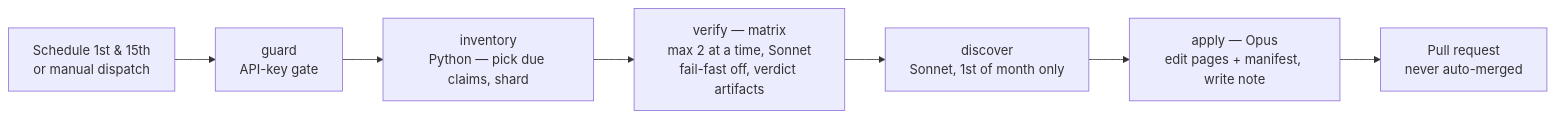
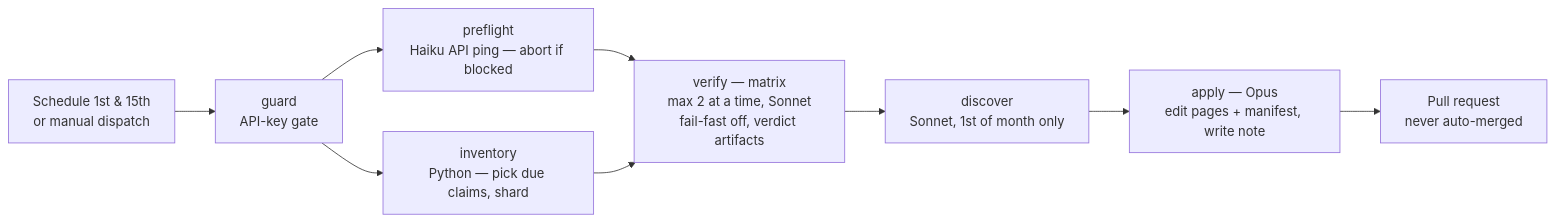
The second of 2 diagrams in docs/WORKFLOW.md (mletznerMUC/AgenticBuying), drawn with Mermaid before and after one commit. The commit also changed other lines of this file and 1 other file, not shown here.

First line of the commit message:
ci: add a deterministic preflight so a blocked API fails legibly

````diff
--- a/docs/WORKFLOW.md
+++ b/docs/WORKFLOW.md
@@ -119,9 +119,11 @@
 ```mermaid
 flowchart LR
     T[Schedule 1st & 15th\nor manual dispatch] --> G[guard\nAPI-key gate]
+    G --> PF[preflight\nHaiku API ping — abort if blocked]
     G --> N[inventory\nPython — pick due claims, shard]
+    PF --> V
     N --> V[verify — matrix\nmax 2 at a time, Sonnet\nfail-fast off, verdict artifacts]
     V --> DS[discover\nSonnet, 1st of month only]
     DS --> A[apply — Opus\nedit pages + manifest, write note]
     A --> PR[Pull request\nnever auto-merged]
 ```
````
